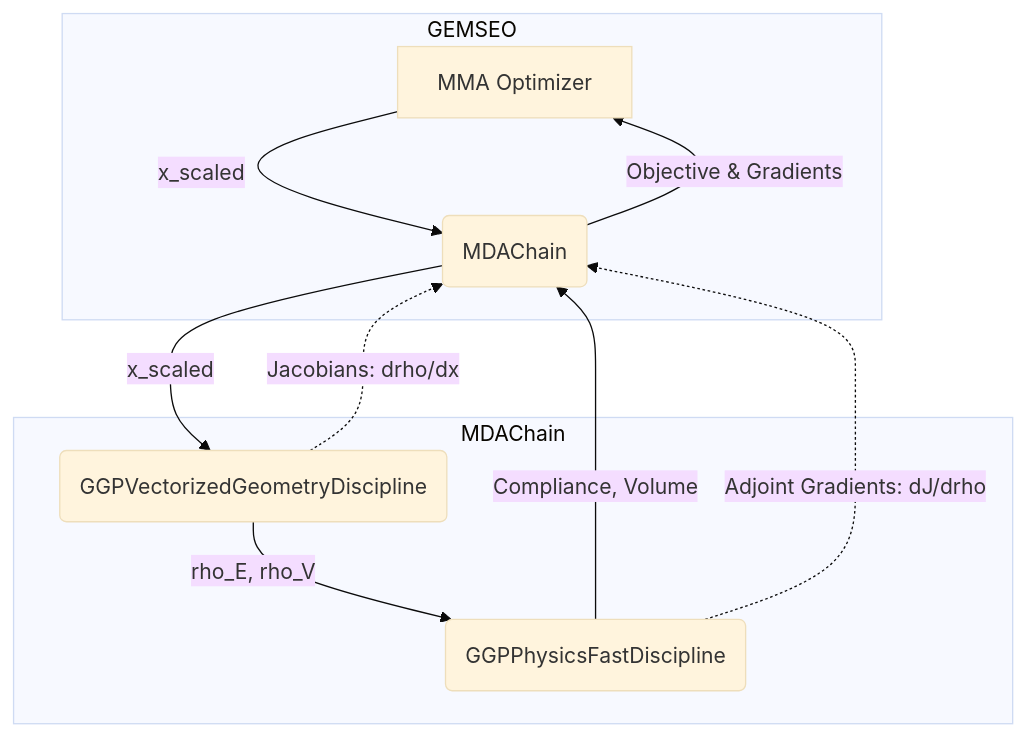
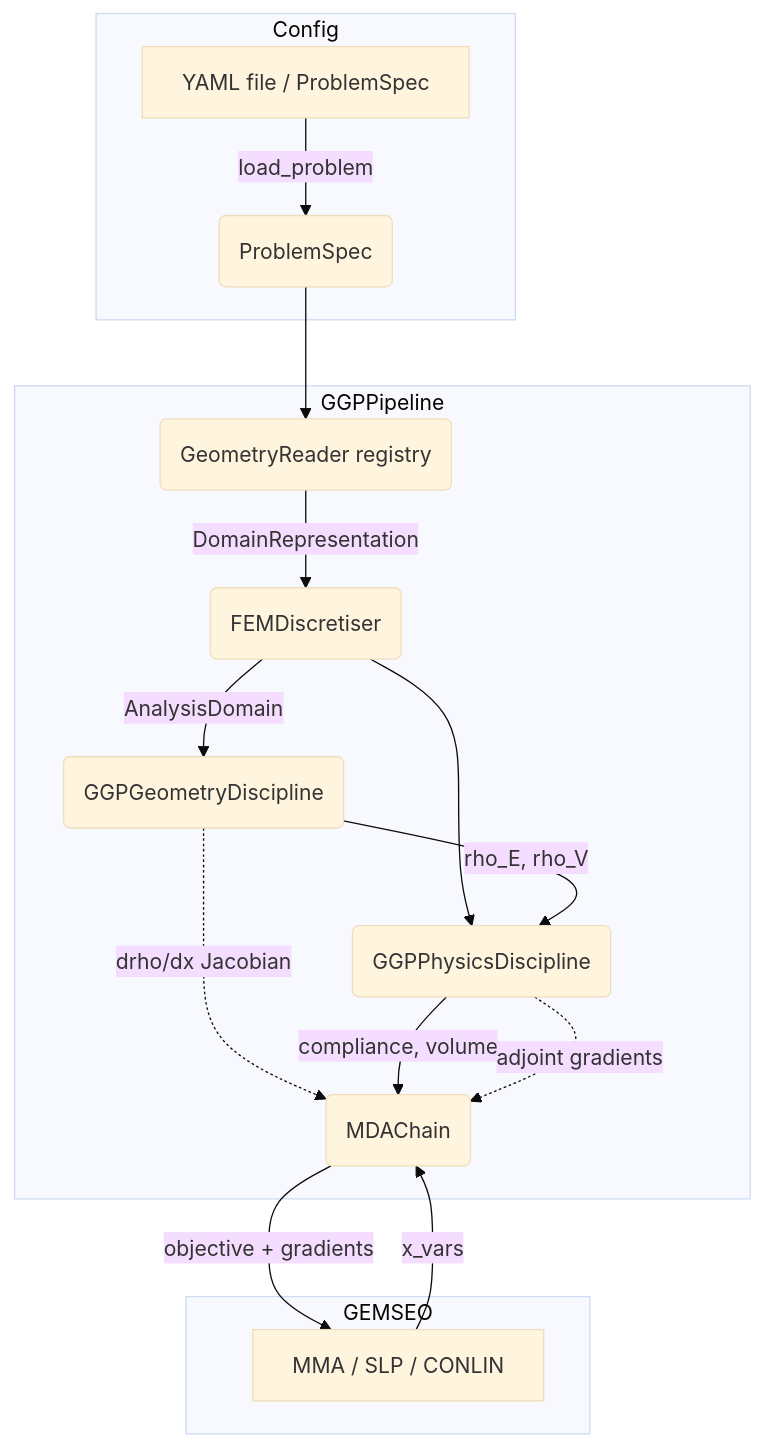
The diagram in docs/developer_guide.rst (SimoneConiglio/generalized_geometry_projection), drawn with Mermaid (base theme) before and after one commit. The commit also changed other lines of this file and 5 other files, not shown here.

```diff
--- a/docs/developer_guide.rst
+++ b/docs/developer_guide.rst
@@ -127,17 +130,23 @@
 .. mermaid::
     :align: center
 
     graph TD
+        subgraph Config
+            A[YAML file / ProblemSpec] -->|load_problem| B(ProblemSpec)
+        end
+
+        subgraph GGPPipeline
+            B --> C(GeometryReader registry)
+            C -->|DomainRepresentation| D(FEMDiscretiser)
+            D -->|AnalysisDomain| E(GGPGeometryDiscipline)
+            D --> F(GGPPhysicsDiscipline)
+            E -->|rho_E, rho_V| F
+            E -.->|drho/dx Jacobian| G
+            F -->|compliance, volume| G
+            F -.->|adjoint gradients| G
+        end
+
         subgraph GEMSEO
-            A[MMA Optimizer] -->|x_scaled| B(MDAChain)
-            B -->|Objective & Gradients| A
+            G(MDAChain) -->|objective + gradients| H[MMA / SLP / CONLIN]
+            H -->|x_vars| G
         end
-        
-        subgraph MDAChain
-            B -->|x_scaled| C(GGPVectorizedGeometryDiscipline)
-            C -->|rho_E, rho_V| D(GGPPhysicsFastDiscipline)
-            D -->|Compliance, Volume| B
-            
-            C -.->|Jacobians: drho/dx| B
-            D -.->|Adjoint Gradients: dJ/drho| B
-        end
```
